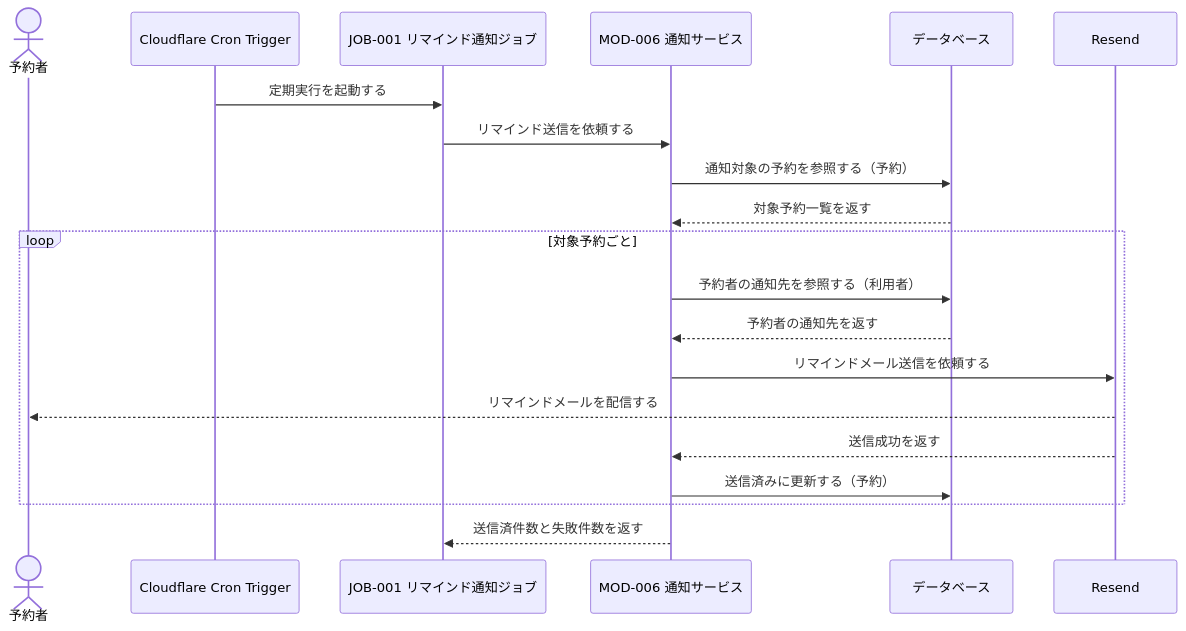
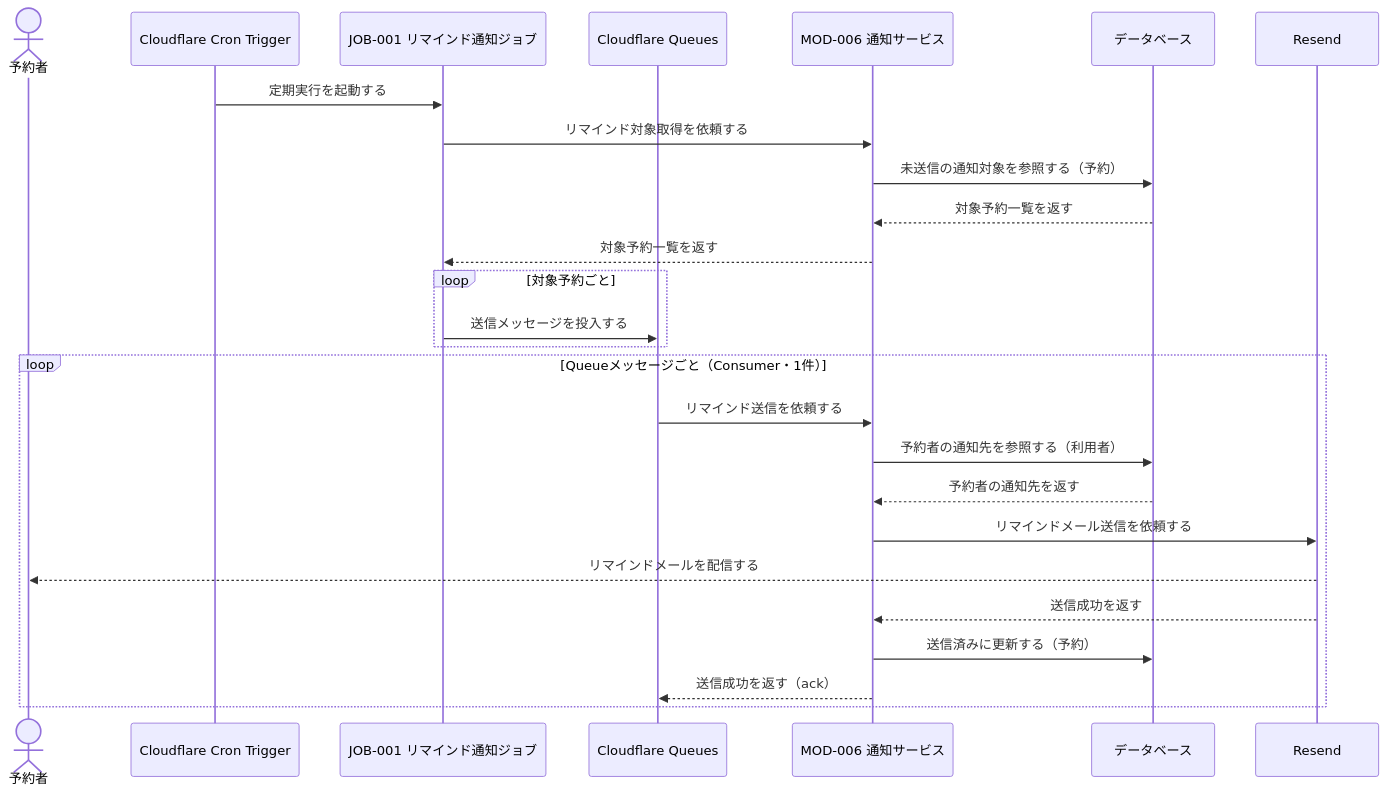
Before and after one commit to sikakou54/system-document-template: the first of 3 diagrams in docs/03_機能設計/02_シーケンス設計/SEQ-002_予約リマインド通知シーケンス.md, drawn with Mermaid. The commit also changed other lines of this file and 99 other files, not shown here.

````diff
--- a/docs/03_機能設計/02_シーケンス設計/SEQ-002_予約リマインド通知シーケンス.md
+++ b/docs/03_機能設計/02_シーケンス設計/SEQ-002_予約リマインド通知シーケンス.md
@@ -43,23 +44,29 @@
 ```mermaid
 sequenceDiagram
     actor U as 予約者
     participant CRON as Cloudflare Cron Trigger
     participant JOB as JOB-001 リマインド通知ジョブ
+    participant QUEUE as Cloudflare Queues
     participant MOD as MOD-006 通知サービス
     participant DB as データベース
     participant MAIL as Resend
 
     CRON->>JOB: 定期実行を起動する
-    JOB->>MOD: リマインド送信を依頼する
-    MOD->>DB: 通知対象の予約を参照する（予約）
+    JOB->>MOD: リマインド対象取得を依頼する
+    MOD->>DB: 未送信の通知対象を参照する（予約）
     DB-->>MOD: 対象予約一覧を返す
+    MOD-->>JOB: 対象予約一覧を返す
     loop 対象予約ごと
+        JOB->>QUEUE: 送信メッセージを投入する
+    end
+    loop Queueメッセージごと（Consumer・1件）
+        QUEUE->>MOD: リマインド送信を依頼する
         MOD->>DB: 予約者の通知先を参照する（利用者）
         DB-->>MOD: 予約者の通知先を返す
         MOD->>MAIL: リマインドメール送信を依頼する
         MAIL-->>U: リマインドメールを配信する
         MAIL-->>MOD: 送信成功を返す
         MOD->>DB: 送信済みに更新する（予約）
+        MOD-->>QUEUE: 送信成功を返す（ack）
     end
-    MOD-->>JOB: 送信済件数と失敗件数を返す
 ```
````
